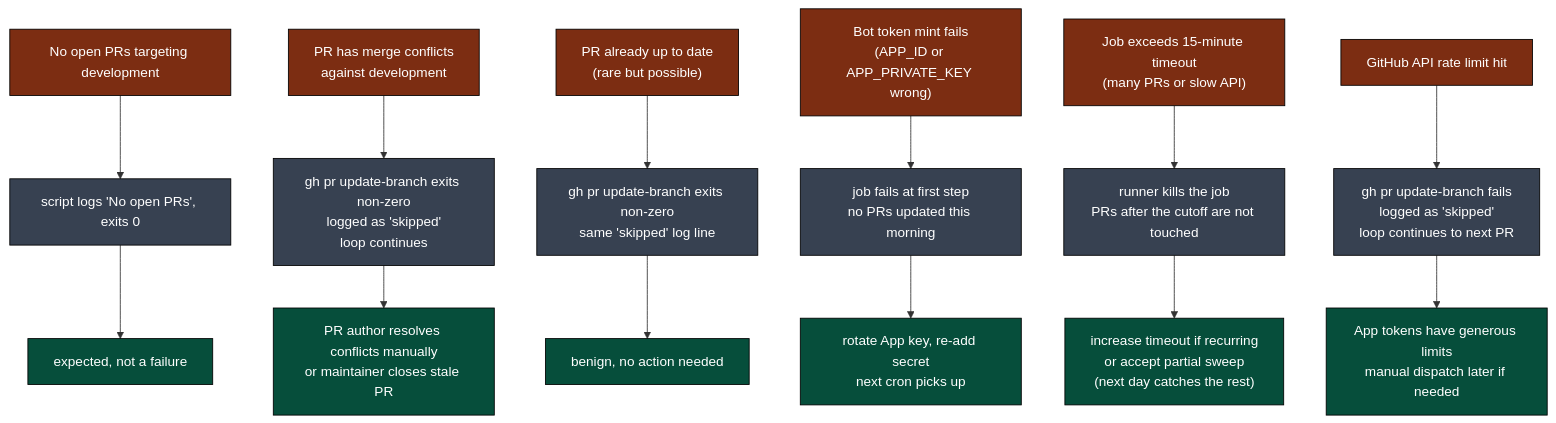
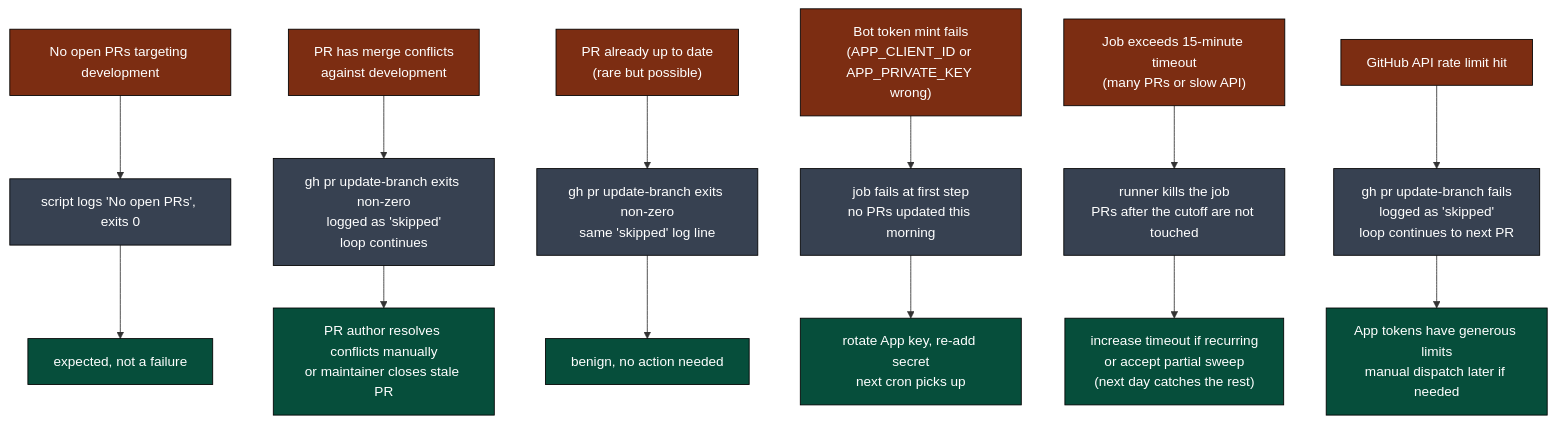
Before and after one commit to llm-exe/llm-exe: the eighth of 9 diagrams in .github/docs/UPDATE_PRS_DEEP_DIVE.md, drawn with Mermaid. The commit also changed other lines of this file and 13 other files, not shown here.

Commit message:
fix: update references from APP_ID to APP_CLIENT_ID in documentation

````diff
--- a/.github/docs/UPDATE_PRS_DEEP_DIVE.md
+++ b/.github/docs/UPDATE_PRS_DEEP_DIVE.md
@@ -291,35 +291,35 @@
 ```mermaid
 flowchart TB
     classDef fail fill:#7c2d12,color:#fff,stroke:#000
     classDef effect fill:#374151,color:#fff,stroke:#000
     classDef fix fill:#064e3b,color:#fff,stroke:#000
 
     F1["No open PRs targeting development"]:::fail
     F1 --> F1E["script logs 'No open PRs', exits 0"]:::effect
     F1E --> F1X["expected, not a failure"]:::fix
 
     F2["PR has merge conflicts\nagainst development"]:::fail
     F2 --> F2E["gh pr update-branch exits non-zero\nlogged as 'skipped'\nloop continues"]:::effect
     F2X["PR author resolves conflicts manually\nor maintainer closes stale PR"]:::fix
     F2E --> F2X
 
     F3["PR already up to date\n(rare but possible)"]:::fail
     F3 --> F3E["gh pr update-branch exits non-zero\nsame 'skipped' log line"]:::effect
     F3X["benign, no action needed"]:::fix
     F3E --> F3X
 
-    F4["Bot token mint fails\n(APP_ID or APP_PRIVATE_KEY wrong)"]:::fail
+    F4["Bot token mint fails\n(APP_CLIENT_ID or APP_PRIVATE_KEY wrong)"]:::fail
     F4 --> F4E["job fails at first step\nno PRs updated this morning"]:::effect
     F4X["rotate App key, re-add secret\nnext cron picks up"]:::fix
     F4E --> F4X
 
     F5["Job exceeds 15-minute timeout\n(many PRs or slow API)"]:::fail
     F5 --> F5E["runner kills the job\nPRs after the cutoff are not touched"]:::effect
     F5X["increase timeout if recurring\nor accept partial sweep\n(next day catches the rest)"]:::fix
     F5E --> F5X
 
     F6["GitHub API rate limit hit"]:::fail
     F6 --> F6E["gh pr update-branch fails\nlogged as 'skipped'\nloop continues to next PR"]:::effect
     F6X["App tokens have generous limits\nmanual dispatch later if needed"]:::fix
     F6E --> F6X
 ```
````
